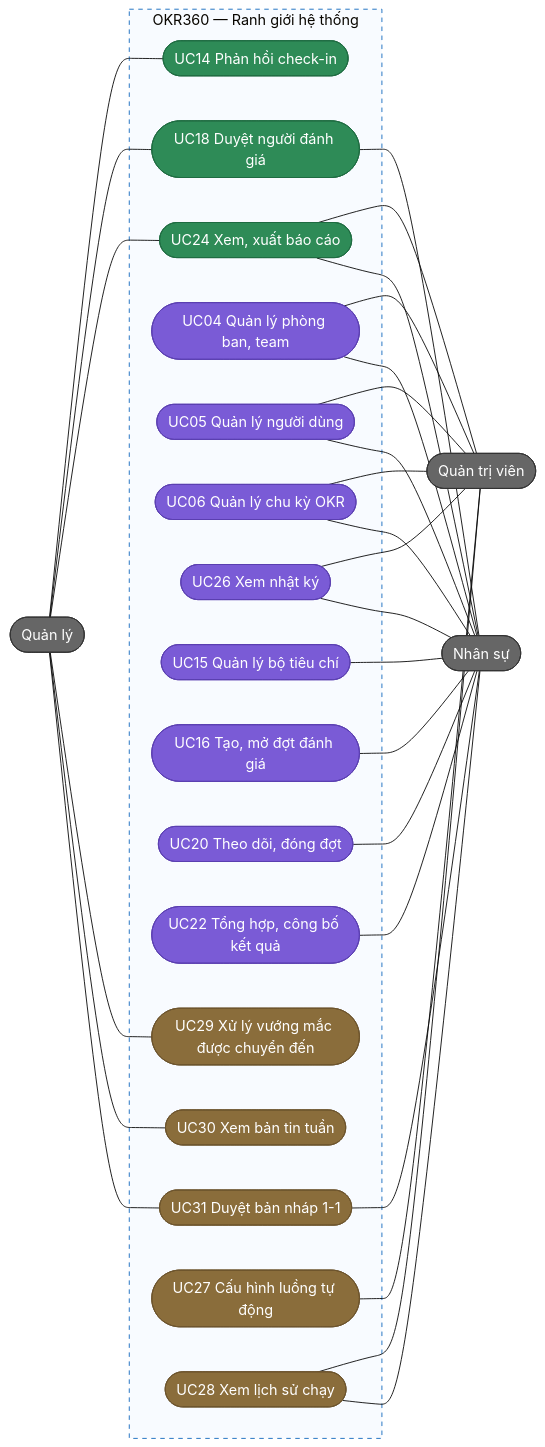
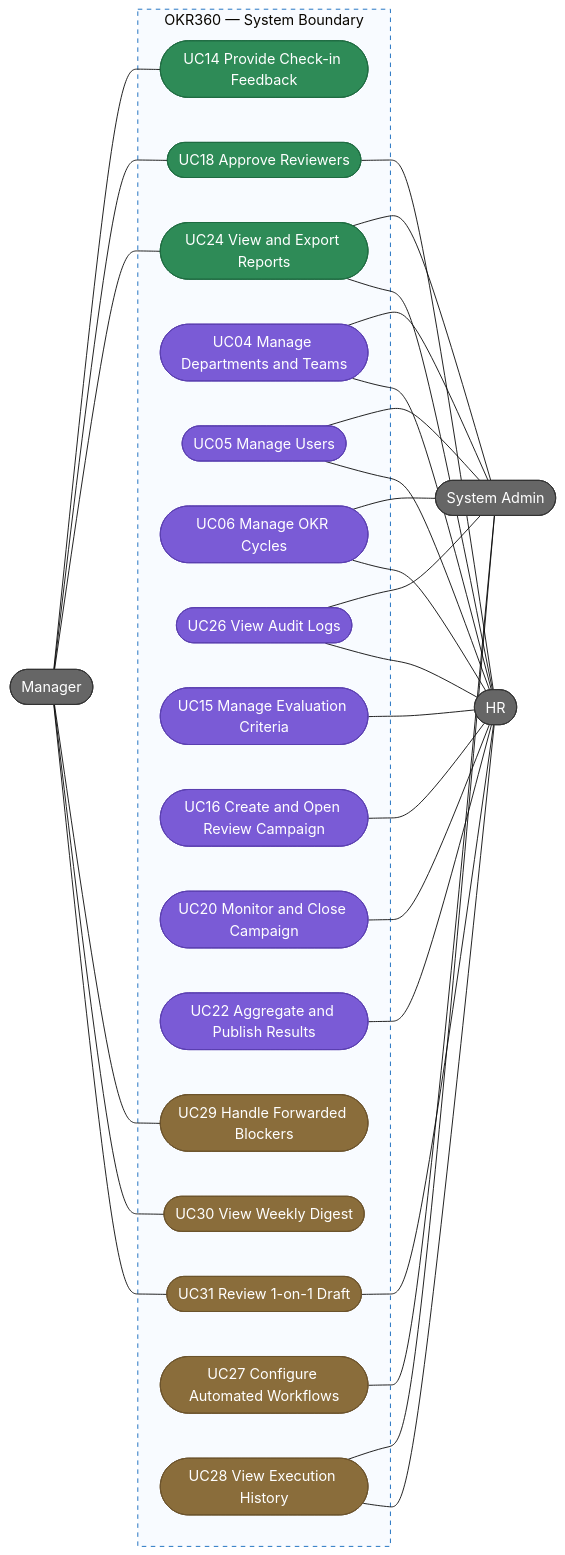
One commit to Akaza-ban/OCK-360 changed the third of 4 diagrams in docs/03-use-cases.md. Above: the diagram before and after it, drawn with Mermaid (base theme). The commit also changed other lines of this file and 24 other files, not shown here.

````diff
--- a/docs/03-use-cases.md
+++ b/docs/03-use-cases.md
@@ -136,40 +136,40 @@
 ```mermaid
 flowchart LR
-    manager(["Quản lý"])
+    manager(["Manager"])
 
-    subgraph system["OKR360 — Ranh giới hệ thống"]
-        uc14(["UC14 Phản hồi check-in"])
-        uc18(["UC18 Duyệt người đánh giá"])
-        uc24(["UC24 Xem, xuất báo cáo"])
-        uc04(["UC04 Quản lý phòng ban, team"])
-        uc05(["UC05 Quản lý người dùng"])
-        uc06(["UC06 Quản lý chu kỳ OKR"])
-        uc26(["UC26 Xem nhật ký"])
-        uc15(["UC15 Quản lý bộ tiêu chí"])
-        uc16(["UC16 Tạo, mở đợt đánh giá"])
-        uc20(["UC20 Theo dõi, đóng đợt"])
-        uc22(["UC22 Tổng hợp, công bố kết quả"])
-        uc29(["UC29 Xử lý vướng mắc được chuyển đến"])
-        uc30(["UC30 Xem bản tin tuần"])
-        uc31(["UC31 Duyệt bản nháp 1-1"])
-        uc27(["UC27 Cấu hình luồng tự động"])
-        uc28(["UC28 Xem lịch sử chạy"])
+    subgraph system["OKR360 — System Boundary"]
+        uc14(["UC14 Provide Check-in Feedback"])
+        uc18(["UC18 Approve Reviewers"])
+        uc24(["UC24 View and Export Reports"])
+        uc04(["UC04 Manage Departments and Teams"])
+        uc05(["UC05 Manage Users"])
+        uc06(["UC06 Manage OKR Cycles"])
+        uc26(["UC26 View Audit Logs"])
+        uc15(["UC15 Manage Evaluation Criteria"])
+        uc16(["UC16 Create and Open Review Campaign"])
+        uc20(["UC20 Monitor and Close Campaign"])
+        uc22(["UC22 Aggregate and Publish Results"])
+        uc29(["UC29 Handle Forwarded Blockers"])
+        uc30(["UC30 View Weekly Digest"])
+        uc31(["UC31 Review 1-on-1 Draft"])
+        uc27(["UC27 Configure Automated Workflows"])
+        uc28(["UC28 View Execution History"])
     end
 
-    admin(["Quản trị viên"])
-    hr(["Nhân sự"])
+    admin(["System Admin"])
+    hr(["HR"])
 
     manager --- uc14 & uc18 & uc24 & uc29 & uc30 & uc31
     uc24 & uc04 & uc05 & uc06 & uc26 & uc27 & uc28 --- admin
     uc18 & uc24 & uc04 & uc05 & uc06 & uc26 & uc15 & uc16 & uc20 & uc22 & uc31 & uc28 --- hr
 
     classDef actor fill:#666,color:#fff,stroke:#333
     classDef mgr fill:#2e8b57,color:#fff,stroke:#1f6b41
     classDef office fill:#7a5bd6,color:#fff,stroke:#5b3fb0
     class manager,hr,admin actor
     class uc14,uc18,uc24 mgr
     class uc04,uc05,uc06,uc26,uc15,uc16,uc20,uc22 office
     classDef ai fill:#8a6d3b,color:#fff,stroke:#6b532c
     class uc29,uc30,uc31,uc27,uc28 ai
     style system fill:#f8fbff,stroke:#1168bd,stroke-dasharray:5 5
 ```
````
